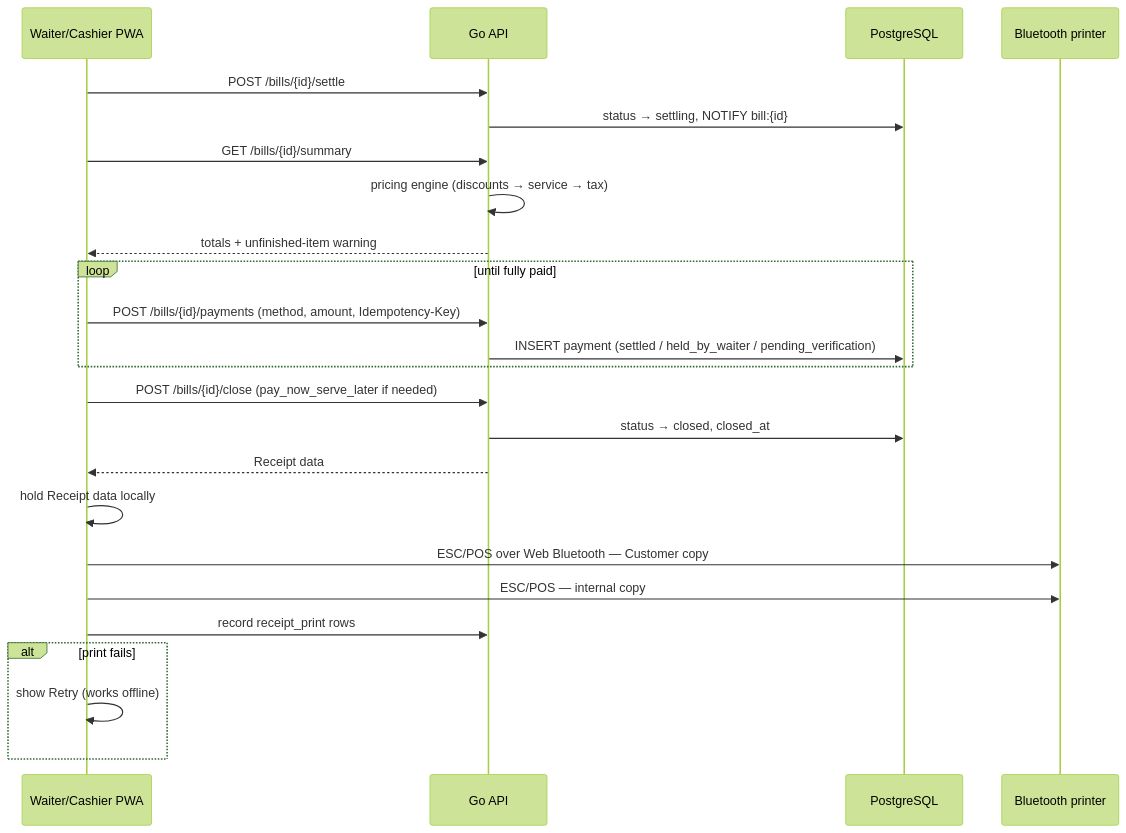
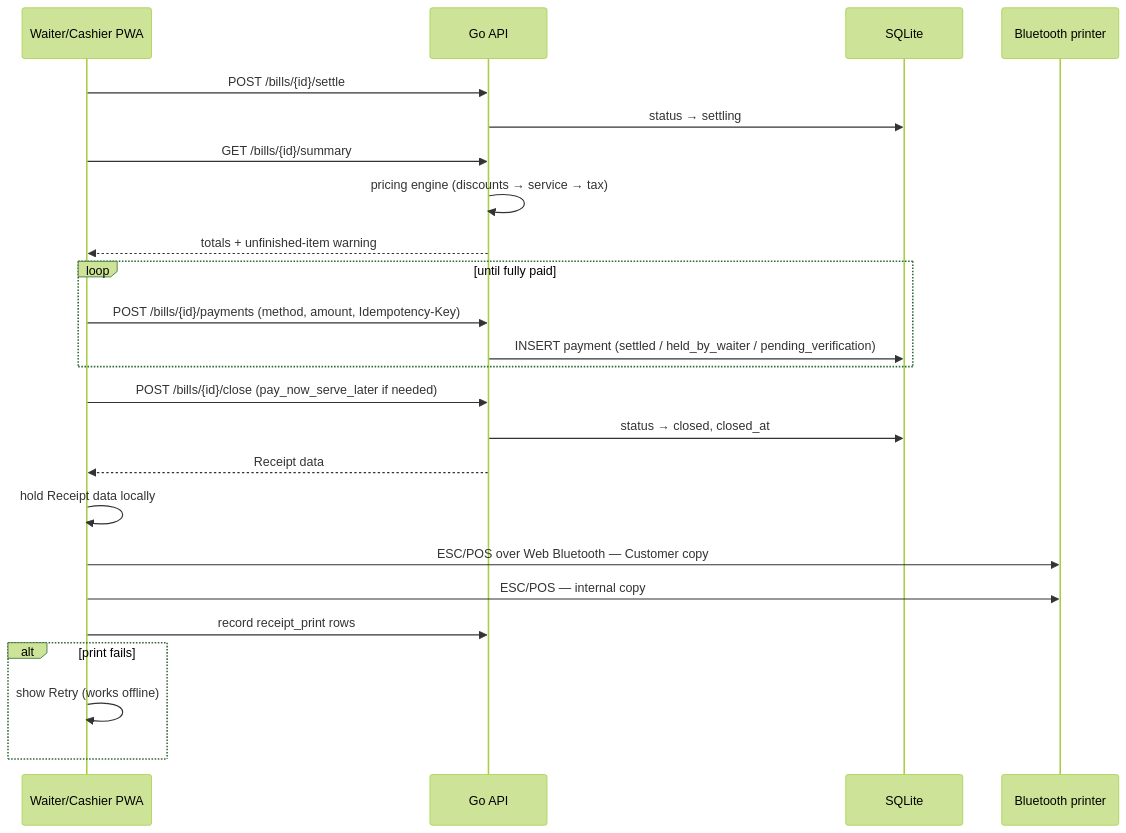
Diagram 32 of 35 in docs/OVERVIEW-AND-FLOWS.md (morpikssolutionsDev/Shusi_latte), drawn with Mermaid (forest theme) before and after one commit. The commit also changed other lines of this file and 105 other files, not shown here.

````diff
--- a/docs/OVERVIEW-AND-FLOWS.md
+++ b/docs/OVERVIEW-AND-FLOWS.md
@@ -815,26 +816,26 @@
 ```mermaid
 sequenceDiagram
   participant S as Waiter/Cashier PWA
   participant API as Go API
-  participant DB as PostgreSQL
+  participant DB as SQLite
   participant P as Bluetooth printer
   S->>API: POST /bills/{id}/settle
-  API->>DB: status → settling, NOTIFY bill:{id}
+  API->>DB: status → settling
   S->>API: GET /bills/{id}/summary
   API->>API: pricing engine (discounts → service → tax)
   API-->>S: totals + unfinished-item warning
   loop until fully paid
     S->>API: POST /bills/{id}/payments (method, amount, Idempotency-Key)
     API->>DB: INSERT payment (settled / held_by_waiter / pending_verification)
   end
   S->>API: POST /bills/{id}/close (pay_now_serve_later if needed)
   API->>DB: status → closed, closed_at
   API-->>S: Receipt data
   S->>S: hold Receipt data locally
   S->>P: ESC/POS over Web Bluetooth — Customer copy
   S->>P: ESC/POS — internal copy
   S->>API: record receipt_print rows
   alt print fails
     S->>S: show Retry (works offline)
   end
 ```
````
